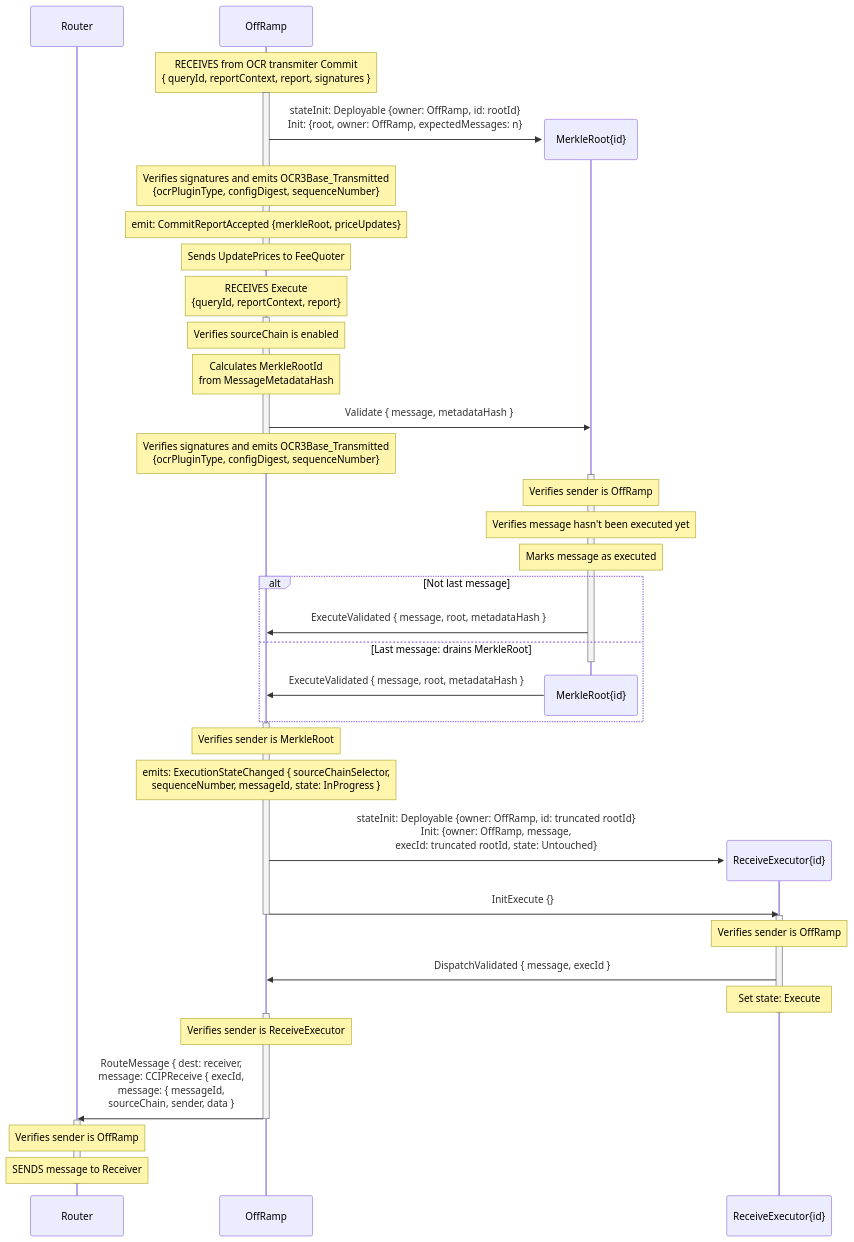
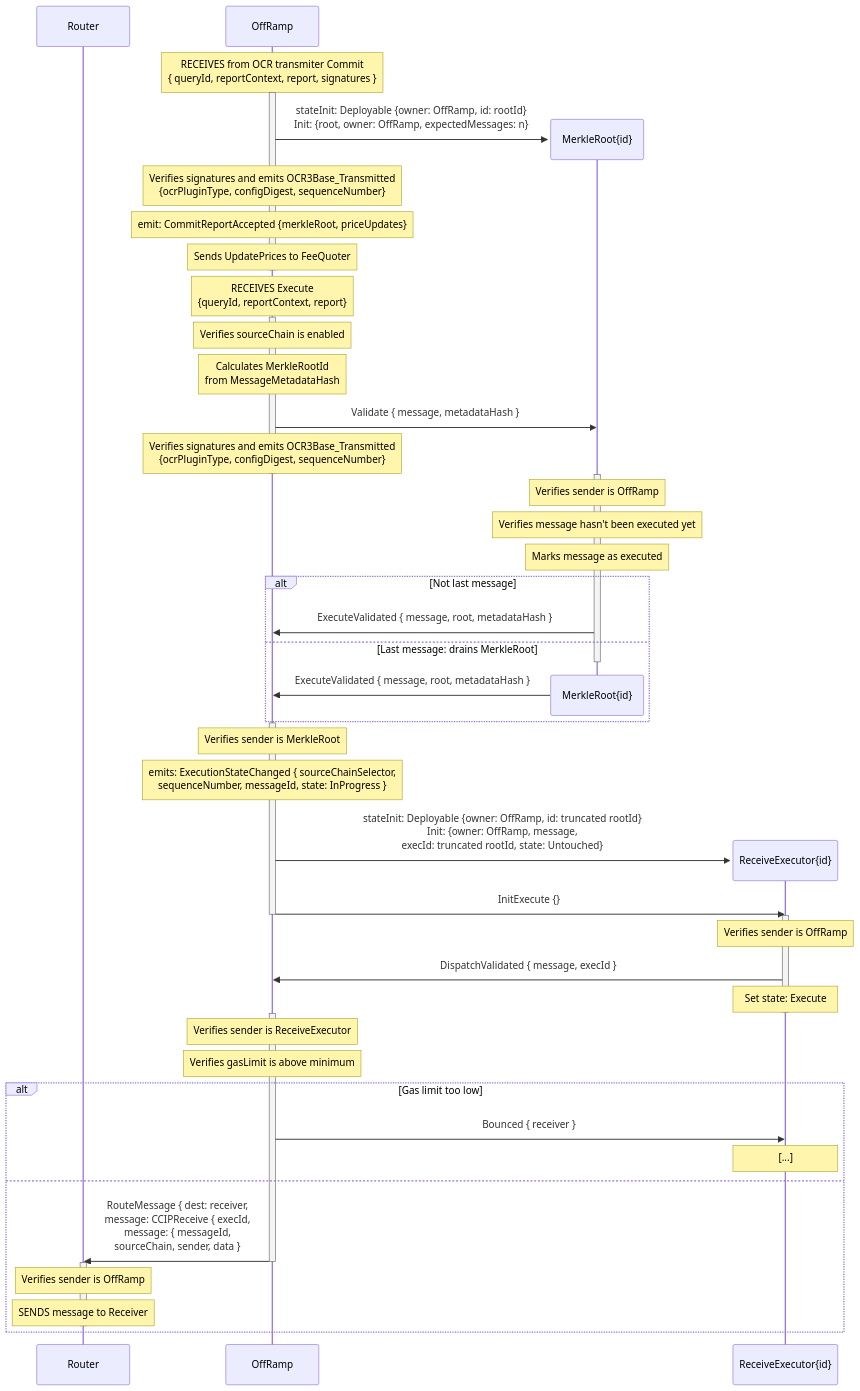
The second of 6 diagrams in docs/contracts/overview/ccip/offramp/arbitrary-msg.md (fork-the-planet/smartcontractkit___chainlink-ton), drawn with Mermaid before and after one commit. The commit also changed 4 other files, not shown here.

````diff
--- a/docs/contracts/overview/ccip/offramp/arbitrary-msg.md
+++ b/docs/contracts/overview/ccip/offramp/arbitrary-msg.md
@@ -33,73 +33,80 @@
 ```mermaid
 sequenceDiagram
     participant R as Router
     participant OR as OffRamp
 
     
     
     Note over OR: RECEIVES from OCR transmiter Commit<br>{ queryId, reportContext, report, signatures }
     activate OR
 
     create participant MR as MerkleRoot{id}
     OR ->> MR: stateInit: Deployable {owner: OffRamp, id: rootId}<br>Init: {root, owner: OffRamp, expectedMessages: n}
     
     Note over OR: Verifies signatures and emits OCR3Base_Transmitted<br>{ocrPluginType, configDigest, sequenceNumber}
     Note over OR: emit: CommitReportAccepted {merkleRoot, priceUpdates}
     Note over OR: Sends UpdatePrices to FeeQuoter
     deactivate OR
  
     Note over OR: RECEIVES Execute<br>{queryId, reportContext, report}
     activate OR
     Note over OR: Verifies sourceChain is enabled
     Note over OR: Calculates MerkleRootId<br>from MessageMetadataHash
 
     OR ->> MR: Validate { message, metadataHash }
 
     Note over OR: Verifies signatures and emits OCR3Base_Transmitted<br>{ocrPluginType, configDigest, sequenceNumber}
     deactivate OR
 
     activate MR
 
     Note over MR: Verifies sender is OffRamp
     Note over MR: Verifies message hasn't been executed yet
     Note over MR: Marks message as executed
 
     
     alt Not last message
     MR ->> OR: ExecuteValidated { message, root, metadataHash }
     else Last message: drains MerkleRoot
     deactivate MR
     destroy MR
     MR ->> OR: ExecuteValidated { message, root, metadataHash }
     end
 
     activate OR
     Note over OR: Verifies sender is MerkleRoot
     Note over OR: emits: ExecutionStateChanged { sourceChainSelector,<br>sequenceNumber, messageId, state: InProgress }
     create participant RE as ReceiveExecutor{id}
     OR ->> RE: stateInit: Deployable {owner: OffRamp, id: truncated rootId}<br>Init: {owner: OffRamp, message,<br>execId: truncated rootId, state: Untouched}
     OR ->> RE: InitExecute {}
     deactivate OR
 
 
 
     activate RE
     Note over RE: Verifies sender is OffRamp
     RE ->> OR: DispatchValidated { message, execId }
     Note over RE: Set state: Execute
     deactivate RE
 
 
 
     activate OR
     Note over OR: Verifies sender is ReceiveExecutor
+    Note over OR: Verifies gasLimit is above minimum
+    alt Gas limit too low
+    OR ->> RE: Bounced { receiver }
+    Note over RE: [...]
+    else
+
     OR ->> R: RouteMessage { dest: receiver,<br>message: CCIPReceive { execId,<br>message: { messageId,<br>sourceChain, sender, data }
     deactivate OR
 
 
 
     activate R
     Note over R: Verifies sender is OffRamp
     Note over R: SENDS message to Receiver
     deactivate R
+    end
 ```
````
